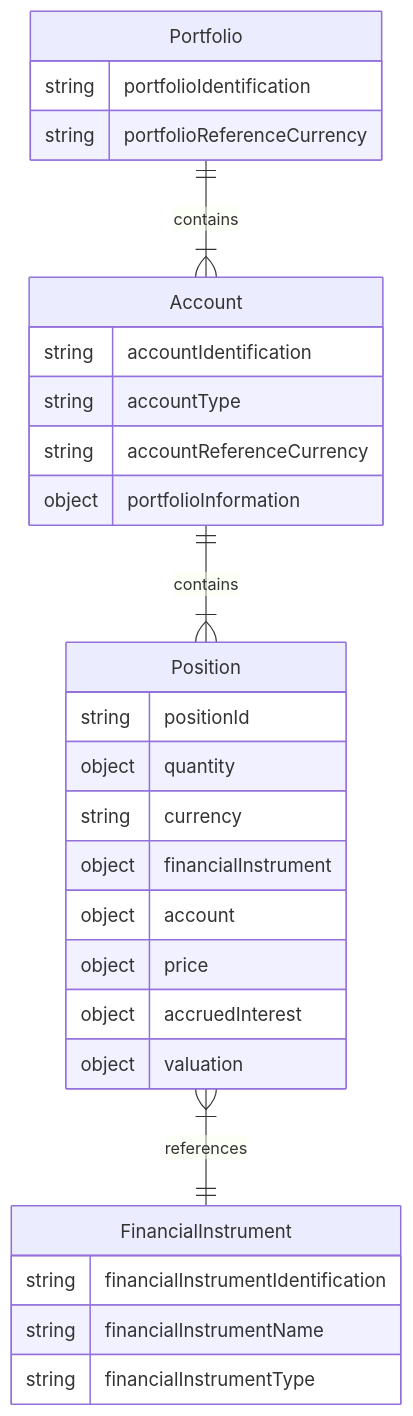
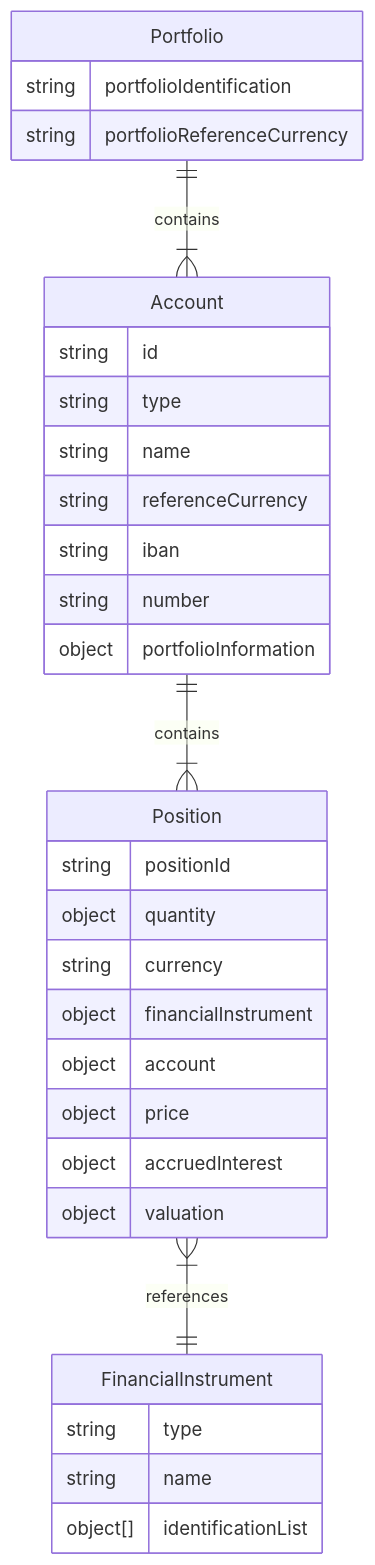
One commit to OpenWealth/OpenWealth changed the third of 5 diagrams in src/custody/Docs/EntityModel.md. Above: the diagram before and after it, drawn with Mermaid. The commit also changed other lines of this file, not shown here.

````diff
--- a/src/custody/Docs/EntityModel.md
+++ b/src/custody/Docs/EntityModel.md
@@ -71,31 +71,34 @@
 ```mermaid
 erDiagram
     Account ||--|{ Position : contains
     Account {
-        string accountIdentification
-        string accountType
-        string accountReferenceCurrency
+        string id
+        string type
+        string name
+        string referenceCurrency
+        string iban
+        string number
         object portfolioInformation
     }
     Position }|--|| FinancialInstrument : references
     Position {
         string positionId
         object quantity
         string currency
         object financialInstrument
         object account
         object price
         object accruedInterest
         object valuation
     }
     FinancialInstrument {
-        string financialInstrumentIdentification
-        string financialInstrumentName
-        string financialInstrumentType
+        string type
+        string name
+        object[] identificationList
     }
     Portfolio ||--|{ Account : contains
     Portfolio {
         string portfolioIdentification
         string portfolioReferenceCurrency
     }
 ```
````
